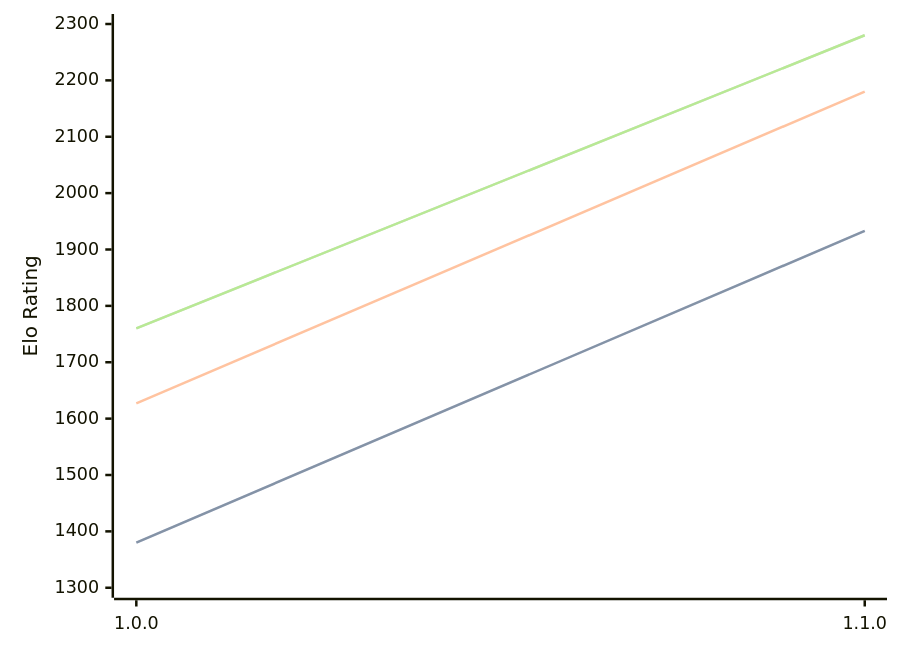
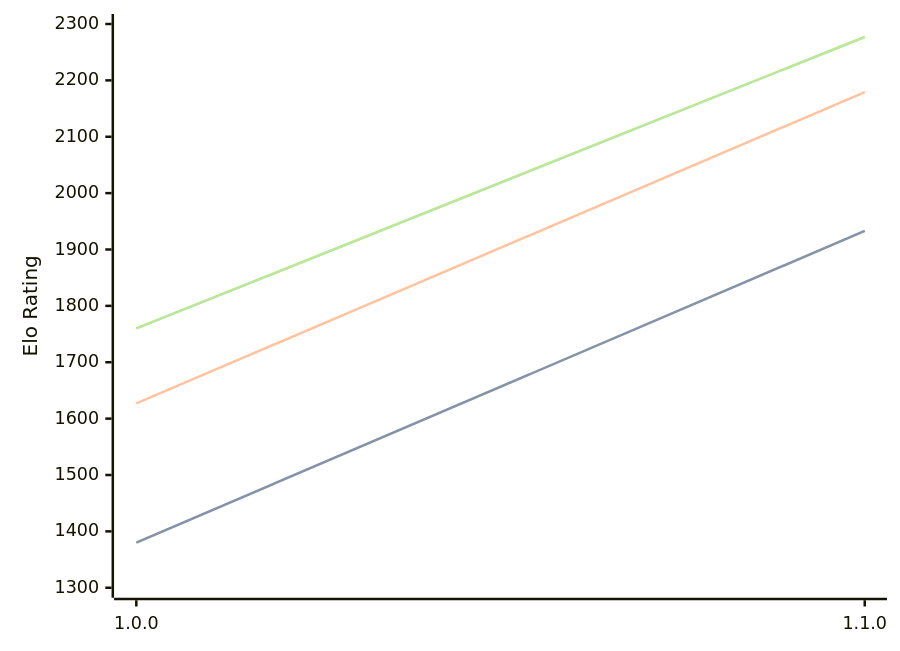
The third of 3 diagrams in engines/Akerbeltz.md (computer-chess-index/cci), drawn with Mermaid before and after one commit. The commit also changed other lines of this file, not shown here.

Commit message:
Update CCI Ratings (ELO VLTC) - 2026-06-16

````diff
--- a/engines/Akerbeltz.md
+++ b/engines/Akerbeltz.md
@@ -65,11 +65,11 @@
 ```mermaid
 %%{init: {"theme":"base","themeVariables":{"seriesColors:['#a3a3a3','#222221','#faa371']}}}%%
 xychart-beta
   x-axis ["1.0.0", "1.1.0"]
   y-axis "Elo Rating" 1300 --> 2300
   line "STC (8.0+0.08s)" [1380, 1933]
   line "STC (8.0+0.08s)" [1380, 1933]
-  line "LTC (60.0+0.60s)" [1627, 2180]
-  line "VLTC (2m24s+1.12s)" [1760, 2280]
-  line "VLTC (2m24s+1.12s)" [1760, 2280]
+  line "LTC (60.0+0.60s)" [1627, 2179]
+  line "VLTC (2m24s+1.12s)" [1760, 2277]
+  line "VLTC (2m24s+1.12s)" [1760, 2277]
 ```
````
